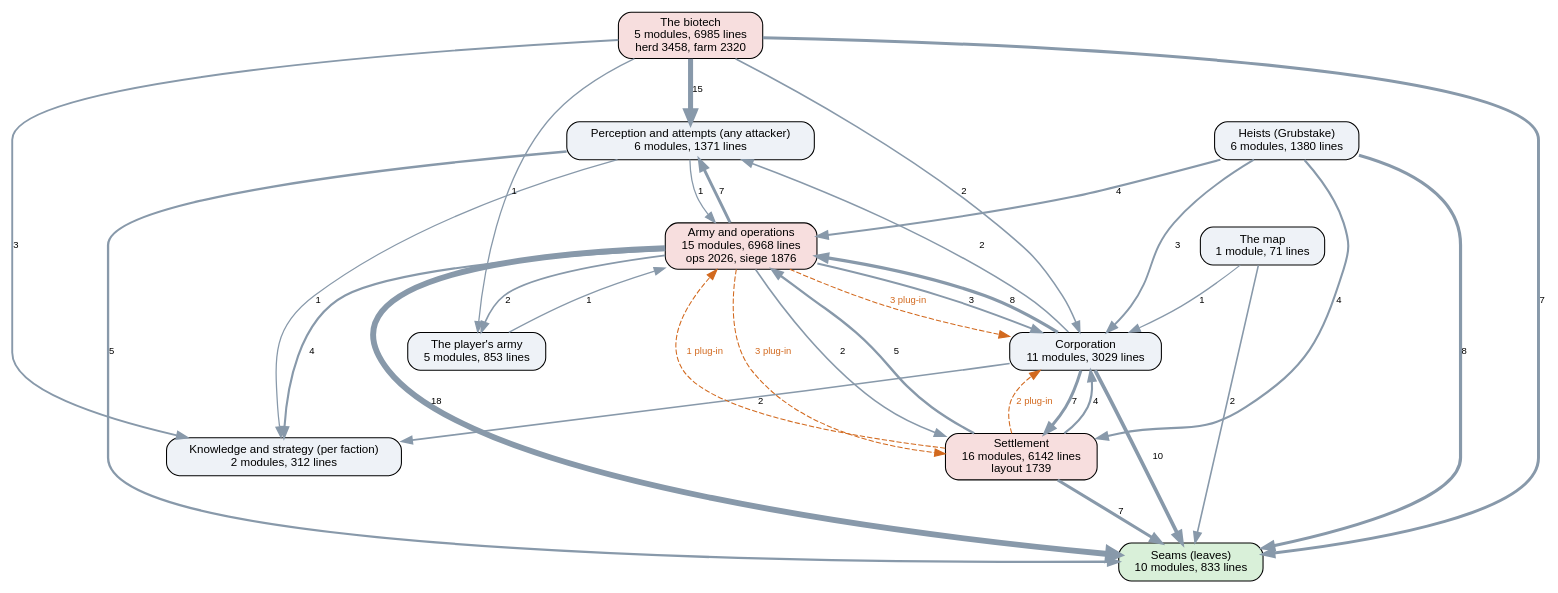
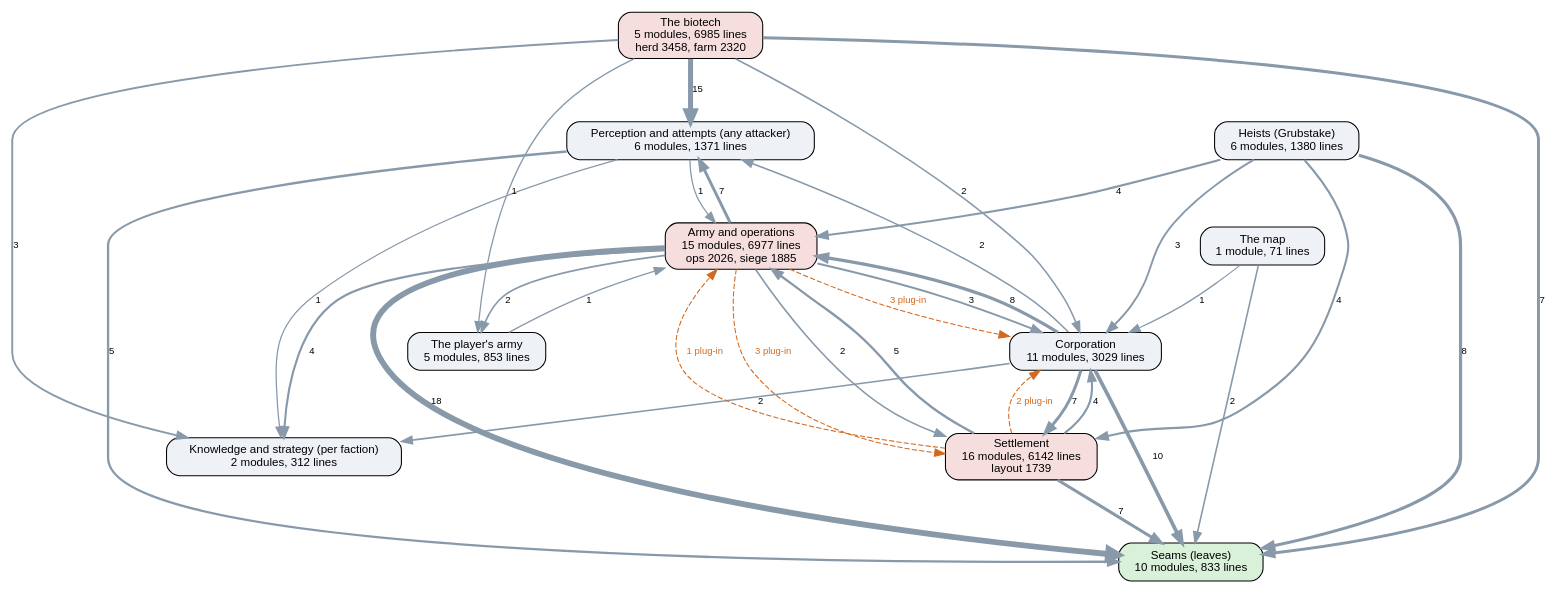
One commit to kinelhu/landing-party changed the diagram in docs/ai-layers.dot. Above: the diagram before and after it, drawn with Graphviz. The commit also changed 10 other files, not shown here.

```diff
--- a/docs/ai-layers.dot
+++ b/docs/ai-layers.dot
@@ -1,48 +1,48 @@
 digraph layers {
   graph [rankdir=TB, fontname="Helvetica", nodesep=0.5, ranksep=0.7];
   node [shape=box, style="rounded,filled", fontname="Helvetica", fontsize=11, fillcolor="#eef2f7"];
   edge [color="#8899aa", fontname="Helvetica", fontsize=9];
   "Seams (leaves)" [label="Seams (leaves)\n10 modules, 833 lines", fillcolor="#d9f0d9"];
   "Perception and attempts (any attacker)" [label="Perception and attempts (any attacker)\n6 modules, 1371 lines", fillcolor="#eef2f7"];
   "Knowledge and strategy (per faction)" [label="Knowledge and strategy (per faction)\n2 modules, 312 lines", fillcolor="#eef2f7"];
   "Corporation" [label="Corporation\n11 modules, 3029 lines", fillcolor="#eef2f7"];
   "Settlement" [label="Settlement\n16 modules, 6142 lines\nlayout 1739", fillcolor="#f7dede"];
-  "Army and operations" [label="Army and operations\n15 modules, 6968 lines\nops 2026, siege 1876", fillcolor="#f7dede"];
+  "Army and operations" [label="Army and operations\n15 modules, 6977 lines\nops 2026, siege 1885", fillcolor="#f7dede"];
   "Heists (Grubstake)" [label="Heists (Grubstake)\n6 modules, 1380 lines", fillcolor="#eef2f7"];
   "The biotech" [label="The biotech\n5 modules, 6985 lines\nherd 3458, farm 2320", fillcolor="#f7dede"];
   "The map" [label="The map\n1 module, 71 lines", fillcolor="#eef2f7"];
   "The player's army" [label="The player's army\n5 modules, 853 lines", fillcolor="#eef2f7"];
   "Army and operations" -> "Corporation" [label="3", penwidth=1.8];
   "Army and operations" -> "Knowledge and strategy (per faction)" [label="4", penwidth=2.0];
   "Army and operations" -> "Perception and attempts (any attacker)" [label="7", penwidth=2.8];
   "Army and operations" -> "Seams (leaves)" [label="18", penwidth=5.5];
   "Army and operations" -> "Settlement" [label="2", penwidth=1.5];
   "Army and operations" -> "The player's army" [label="2", penwidth=1.5];
   "Corporation" -> "Army and operations" [label="8", penwidth=3.0];
   "Corporation" -> "Knowledge and strategy (per faction)" [label="2", penwidth=1.5];
   "Corporation" -> "Perception and attempts (any attacker)" [label="2", penwidth=1.5];
   "Corporation" -> "Seams (leaves)" [label="10", penwidth=3.5];
   "Corporation" -> "Settlement" [label="7", penwidth=2.8];
   "Heists (Grubstake)" -> "Army and operations" [label="4", penwidth=2.0];
   "Heists (Grubstake)" -> "Corporation" [label="3", penwidth=1.8];
   "Heists (Grubstake)" -> "Seams (leaves)" [label="8", penwidth=3.0];
   "Heists (Grubstake)" -> "Settlement" [label="4", penwidth=2.0];
   "Perception and attempts (any attacker)" -> "Army and operations" [label="1", penwidth=1.2];
   "Perception and attempts (any attacker)" -> "Knowledge and strategy (per faction)" [label="1", penwidth=1.2];
   "Perception and attempts (any attacker)" -> "Seams (leaves)" [label="5", penwidth=2.2];
   "Settlement" -> "Army and operations" [label="5", penwidth=2.2];
   "Settlement" -> "Corporation" [label="4", penwidth=2.0];
   "Settlement" -> "Seams (leaves)" [label="7", penwidth=2.8];
   "The biotech" -> "Corporation" [label="2", penwidth=1.5];
   "The biotech" -> "Knowledge and strategy (per faction)" [label="3", penwidth=1.8];
   "The biotech" -> "Perception and attempts (any attacker)" [label="15", penwidth=4.8];
   "The biotech" -> "Seams (leaves)" [label="7", penwidth=2.8];
   "The biotech" -> "The player's army" [label="1", penwidth=1.2];
   "The map" -> "Corporation" [label="1", penwidth=1.2];
   "The map" -> "Seams (leaves)" [label="2", penwidth=1.5];
   "The player's army" -> "Army and operations" [label="1", penwidth=1.2];
   "Army and operations" -> "Corporation" [style=dashed, color="#d2691e", fontcolor="#d2691e", label="3 plug-in"];
   "Army and operations" -> "Settlement" [style=dashed, color="#d2691e", fontcolor="#d2691e", label="3 plug-in"];
   "Settlement" -> "Army and operations" [style=dashed, color="#d2691e", fontcolor="#d2691e", label="1 plug-in"];
   "Settlement" -> "Corporation" [style=dashed, color="#d2691e", fontcolor="#d2691e", label="2 plug-in"];
 }
```
